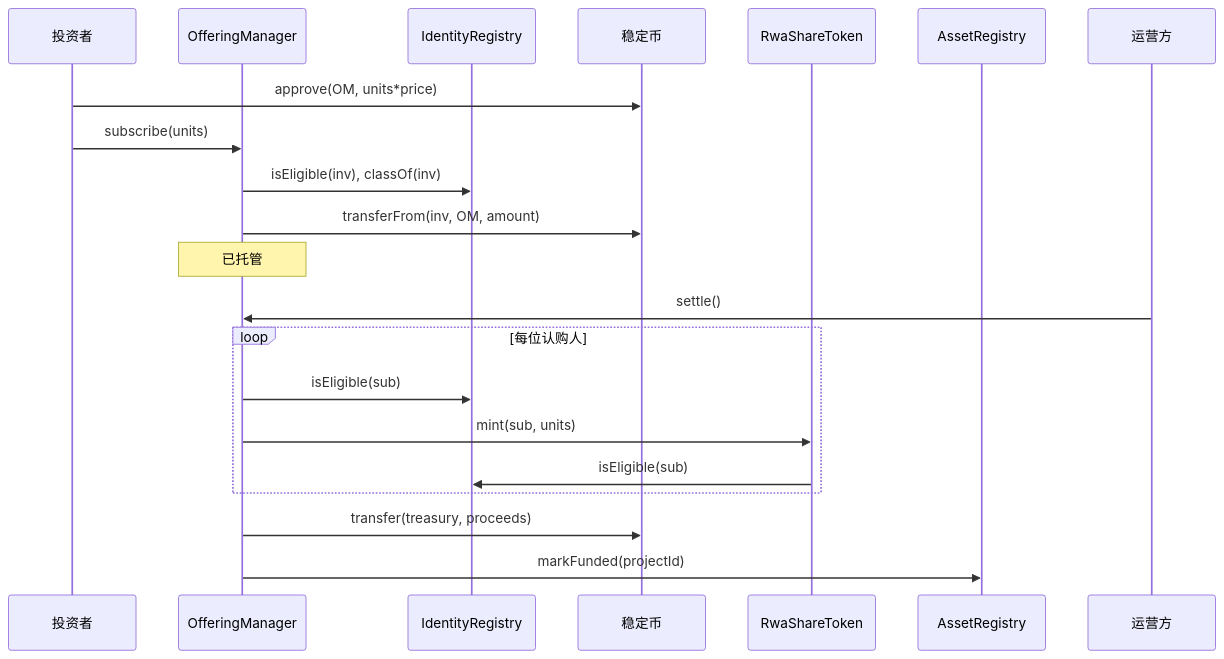
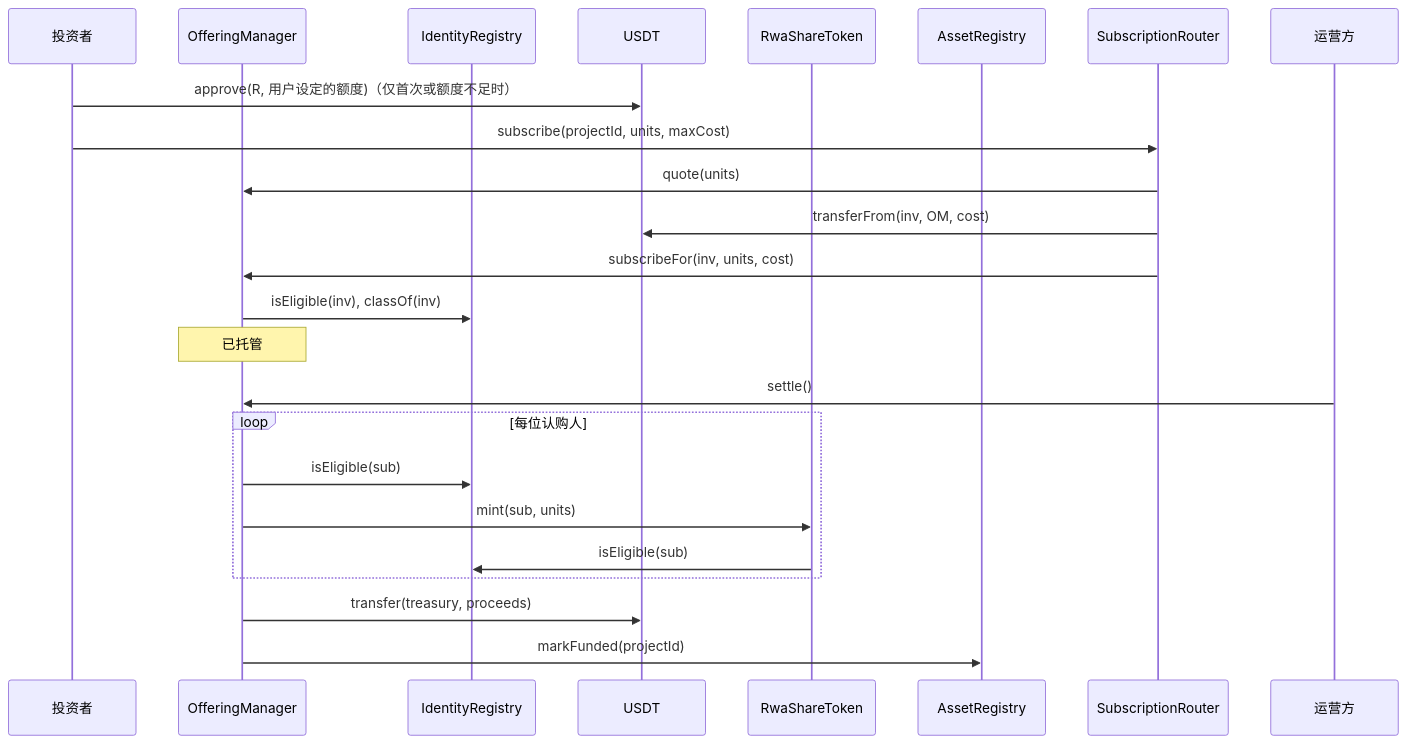
One commit to AgntSpark1/Roboshare changed the first of 2 diagrams in docs/SMART_CONTRACT_SPEC.md. Above: the diagram before and after it, drawn with Mermaid. The commit also changed other lines of this file and 11 other files, not shown here.

````diff
--- a/docs/SMART_CONTRACT_SPEC.md
+++ b/docs/SMART_CONTRACT_SPEC.md
@@ -324,23 +354,26 @@
 ```mermaid
 sequenceDiagram
   participant Inv as 投资者
   participant OM as OfferingManager
   participant IR as IdentityRegistry
-  participant SC as 稳定币
+  participant SC as USDT
   participant T as RwaShareToken
   participant AR as AssetRegistry
-  Inv->>SC: approve(OM, units*price)
-  Inv->>OM: subscribe(units)
+  participant R as SubscriptionRouter
+  Inv->>SC: approve(R, 用户设定的额度)（仅首次或额度不足时）
+  Inv->>R: subscribe(projectId, units, maxCost)
+  R->>OM: quote(units)
+  R->>SC: transferFrom(inv, OM, cost)
+  R->>OM: subscribeFor(inv, units, cost)
   OM->>IR: isEligible(inv), classOf(inv)
-  OM->>SC: transferFrom(inv, OM, amount)
   Note over OM: 已托管
   participant Op as 运营方
   Op->>OM: settle()
   loop 每位认购人
     OM->>IR: isEligible(sub)
     OM->>T: mint(sub, units)
     T->>IR: isEligible(sub)
   end
   OM->>SC: transfer(treasury, proceeds)
   OM->>AR: markFunded(projectId)
 ```
````
